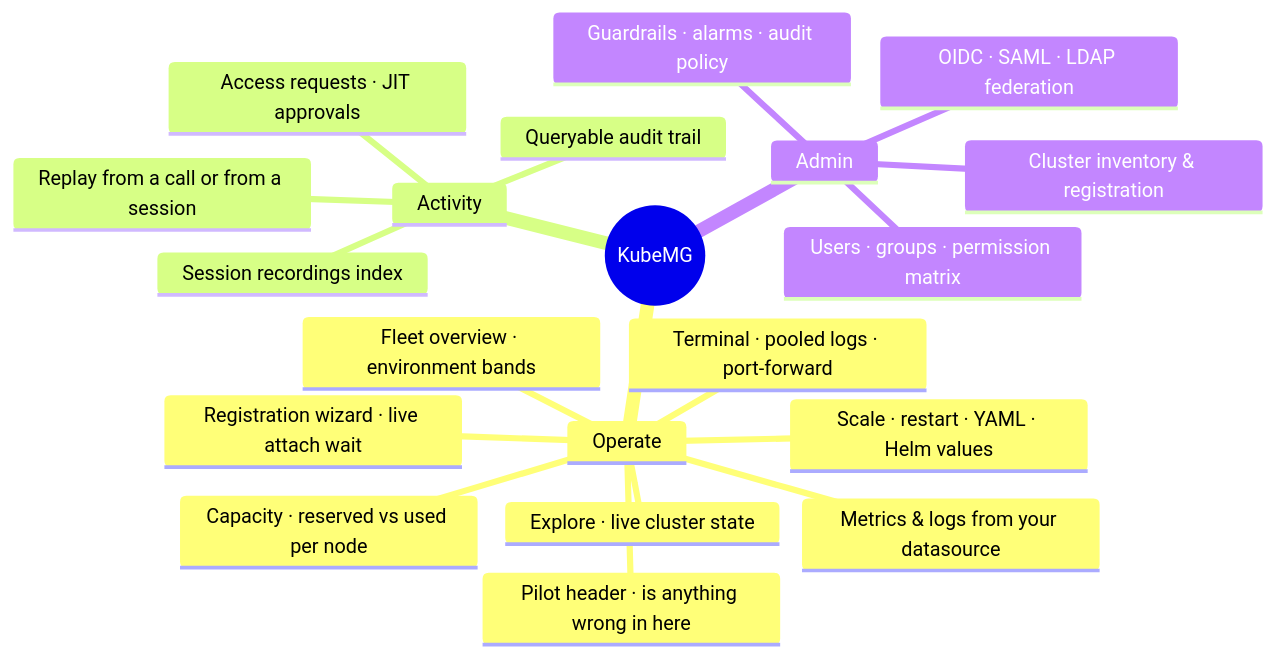
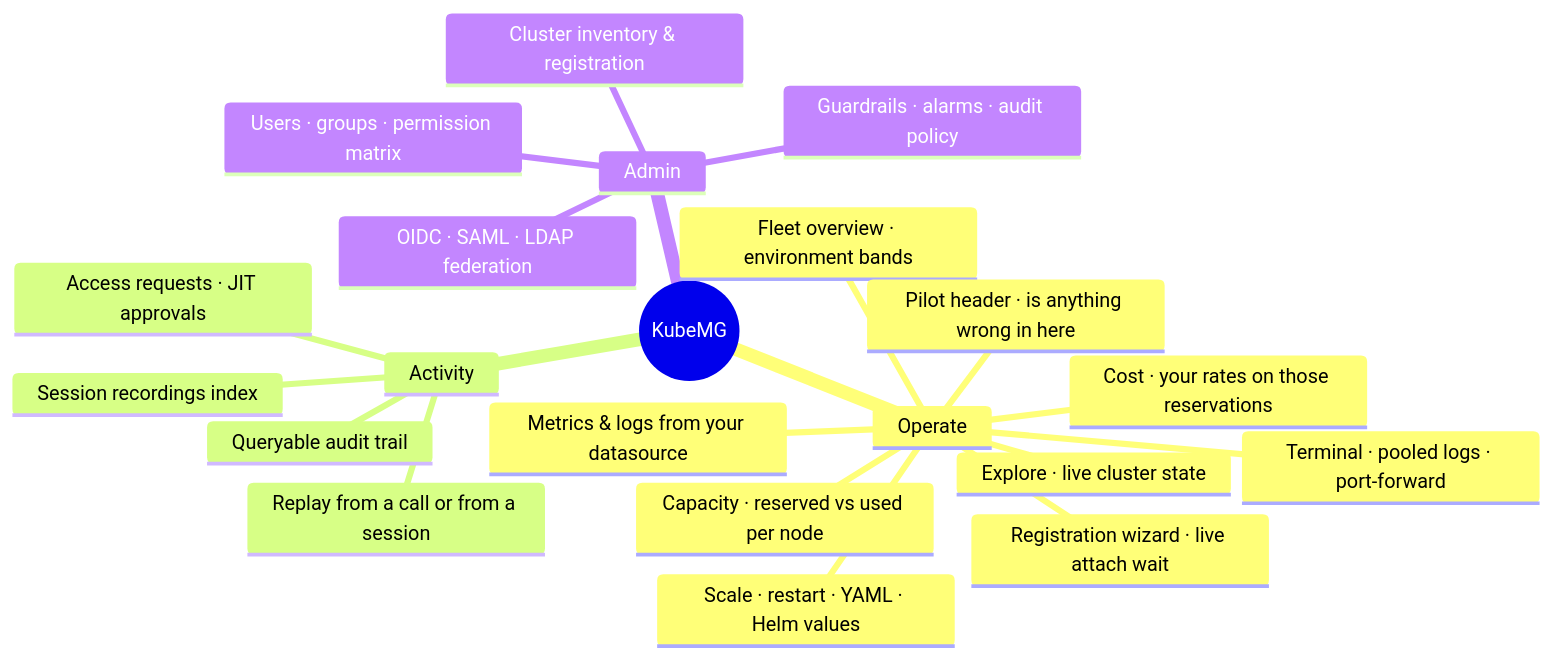
Before and after one commit to kubemg/kubemg: the fourth of 7 diagrams in README.md, drawn with Mermaid. The commit also changed other lines of this file and 31 other files, not shown here.

First line of the commit message:
feat: put your own rates on the reservations, and refuse the recommendation history cannot support

````diff
--- a/README.md
+++ b/README.md
@@ -166,23 +166,24 @@
 ```mermaid
 mindmap
   root(("KubeMG"))
     Operate
       Fleet overview · environment bands
       Registration wizard · live attach wait
       Explore · live cluster state
       Pilot header · is anything wrong in here
       Terminal · pooled logs · port-forward
       Scale · restart · YAML · Helm values
       Metrics & logs from your datasource
       Capacity · reserved vs used per node
+      Cost · your rates on those reservations
     Activity
       Access requests · JIT approvals
       Queryable audit trail
       Session recordings index
       Replay from a call or from a session
     Admin
       Cluster inventory & registration
       Users · groups · permission matrix
       OIDC · SAML · LDAP federation
       Guardrails · alarms · audit policy
 ```
````
